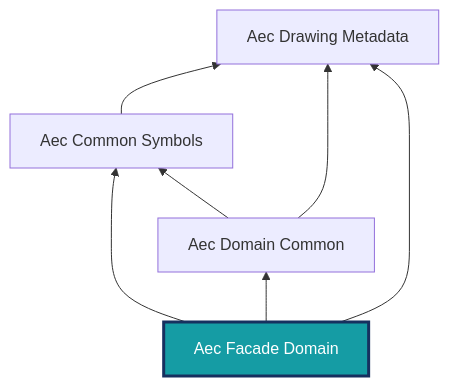
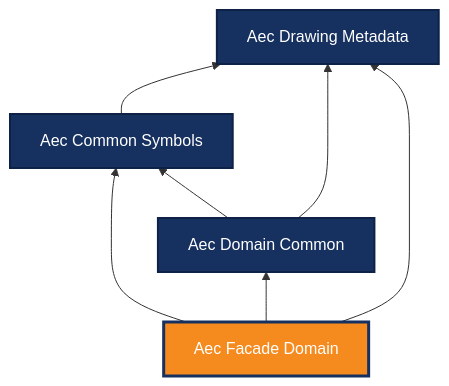
The diagram in docs/ontologies/aec_facade_domain.md (BuroHappoldMachineLearning/ADIRO), drawn with Mermaid before and after one commit. The commit also changed 5 other files, not shown here.

First line of the commit message:
docs: orange highlight for current ontology, blue for others in diagrams

````diff
--- a/docs/ontologies/aec_facade_domain.md
+++ b/docs/ontologies/aec_facade_domain.md
@@ -17,15 +17,17 @@
 ```mermaid
 graph BT
     aec_drawing_metadata["Aec Drawing Metadata"]
     aec_common_symbols["Aec Common Symbols"]
     aec_domain_common["Aec Domain Common"]
     aec_facade_domain["Aec Facade Domain"]
     aec_common_symbols --> aec_drawing_metadata
     aec_domain_common --> aec_common_symbols
     aec_domain_common --> aec_drawing_metadata
     aec_facade_domain --> aec_common_symbols
     aec_facade_domain --> aec_domain_common
     aec_facade_domain --> aec_drawing_metadata
-    classDef highlight fill:#159ca4,stroke:#16305f,stroke-width:3px,color:#ffffff;
-    class aec_facade_domain highlight;
+    classDef base fill:#16305f,stroke:#0e2247,stroke-width:2px,color:#ffffff;
+    class aec_drawing_metadata,aec_common_symbols,aec_domain_common base;
+    classDef current fill:#f58a1f,stroke:#16305f,stroke-width:3px,color:#ffffff;
+    class aec_facade_domain current;
 ```
````
